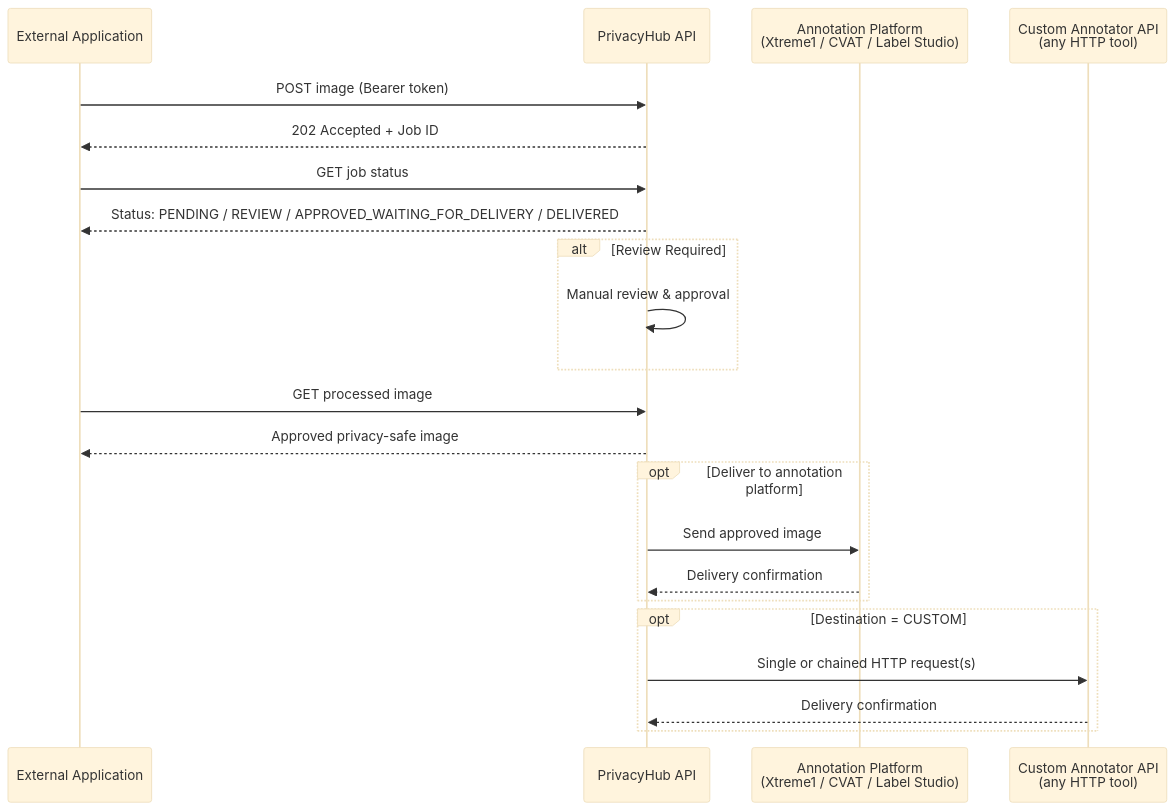
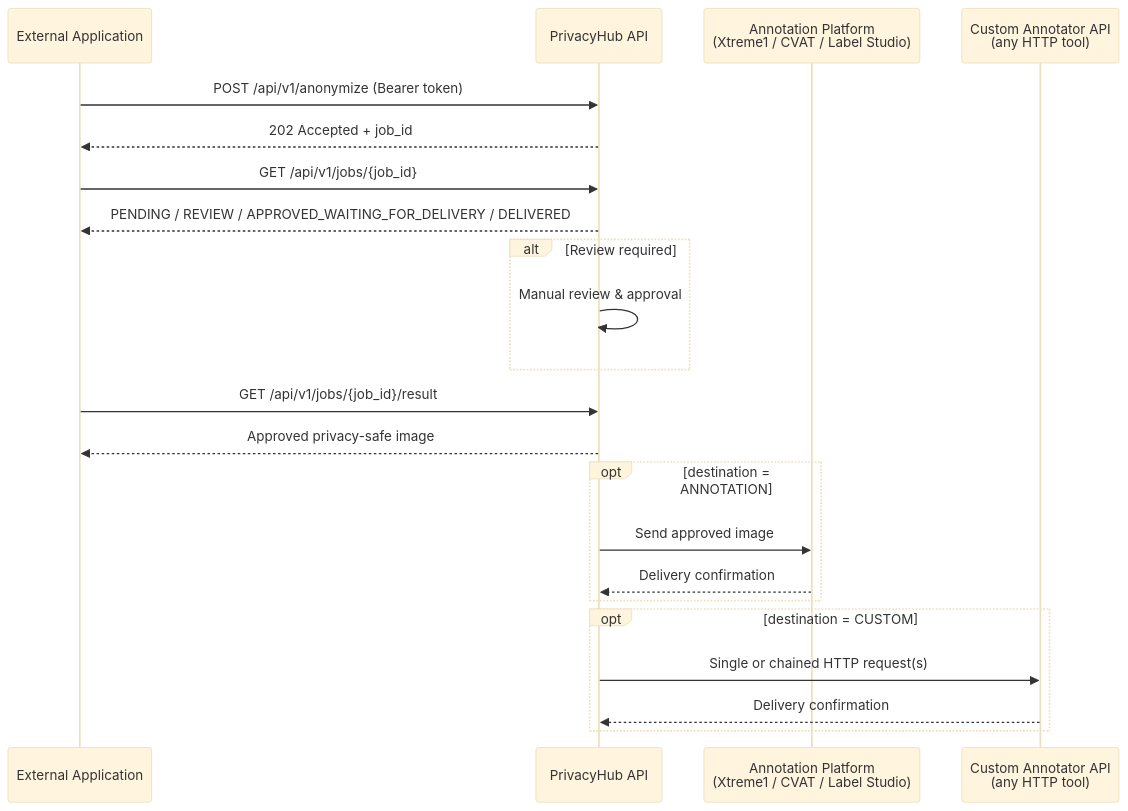
Before and after one commit to snehaja05d/privacy-preserving-annotation: the second of 2 diagrams in README.md, drawn with Mermaid (base theme). The commit also changed other lines of this file, not shown here.

````diff
--- a/README.md
+++ b/README.md
@@ -275,29 +177,29 @@
 ```mermaid
 sequenceDiagram
     participant App as External Application
     participant API as PrivacyHub API
     participant AP as Annotation Platform<br/>(Xtreme1 / CVAT / Label Studio)
     participant CA as Custom Annotator API<br/>(any HTTP tool)
 
-    App->>API: POST image (Bearer token)
-    API-->>App: 202 Accepted + Job ID
-    App->>API: GET job status
-    API-->>App: Status: PENDING / REVIEW / APPROVED_WAITING_FOR_DELIVERY / DELIVERED
+    App->>API: POST /api/v1/anonymize (Bearer token)
+    API-->>App: 202 Accepted + job_id
+    App->>API: GET /api/v1/jobs/{job_id}
+    API-->>App: PENDING / REVIEW / APPROVED_WAITING_FOR_DELIVERY / DELIVERED
 
-    alt Review Required
+    alt Review required
         API->>API: Manual review & approval
     end
 
-    App->>API: GET processed image
+    App->>API: GET /api/v1/jobs/{job_id}/result
     API-->>App: Approved privacy-safe image
 
-    opt Deliver to annotation platform
+    opt destination = ANNOTATION
         API->>AP: Send approved image
         AP-->>API: Delivery confirmation
     end
 
-    opt Destination = CUSTOM
+    opt destination = CUSTOM
         API->>CA: Single or chained HTTP request(s)
         CA-->>API: Delivery confirmation
     end
 ```
````
